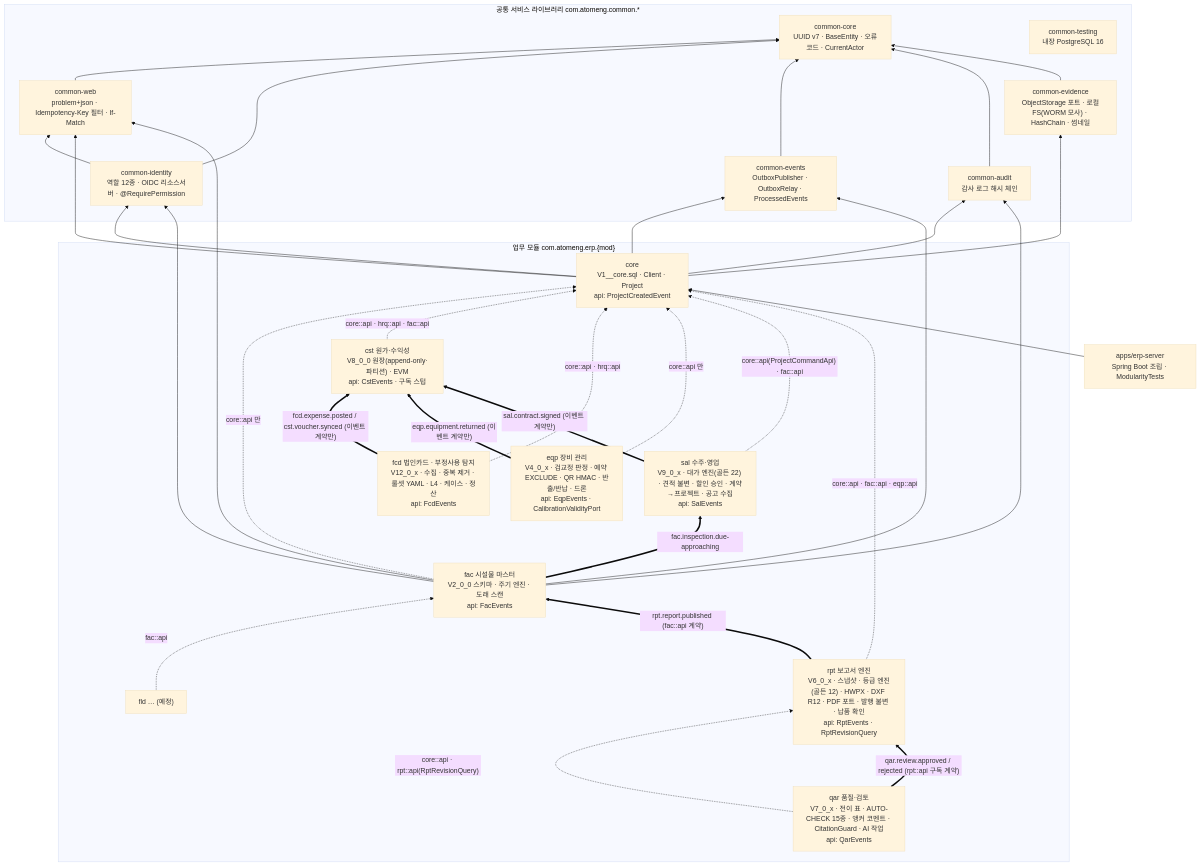
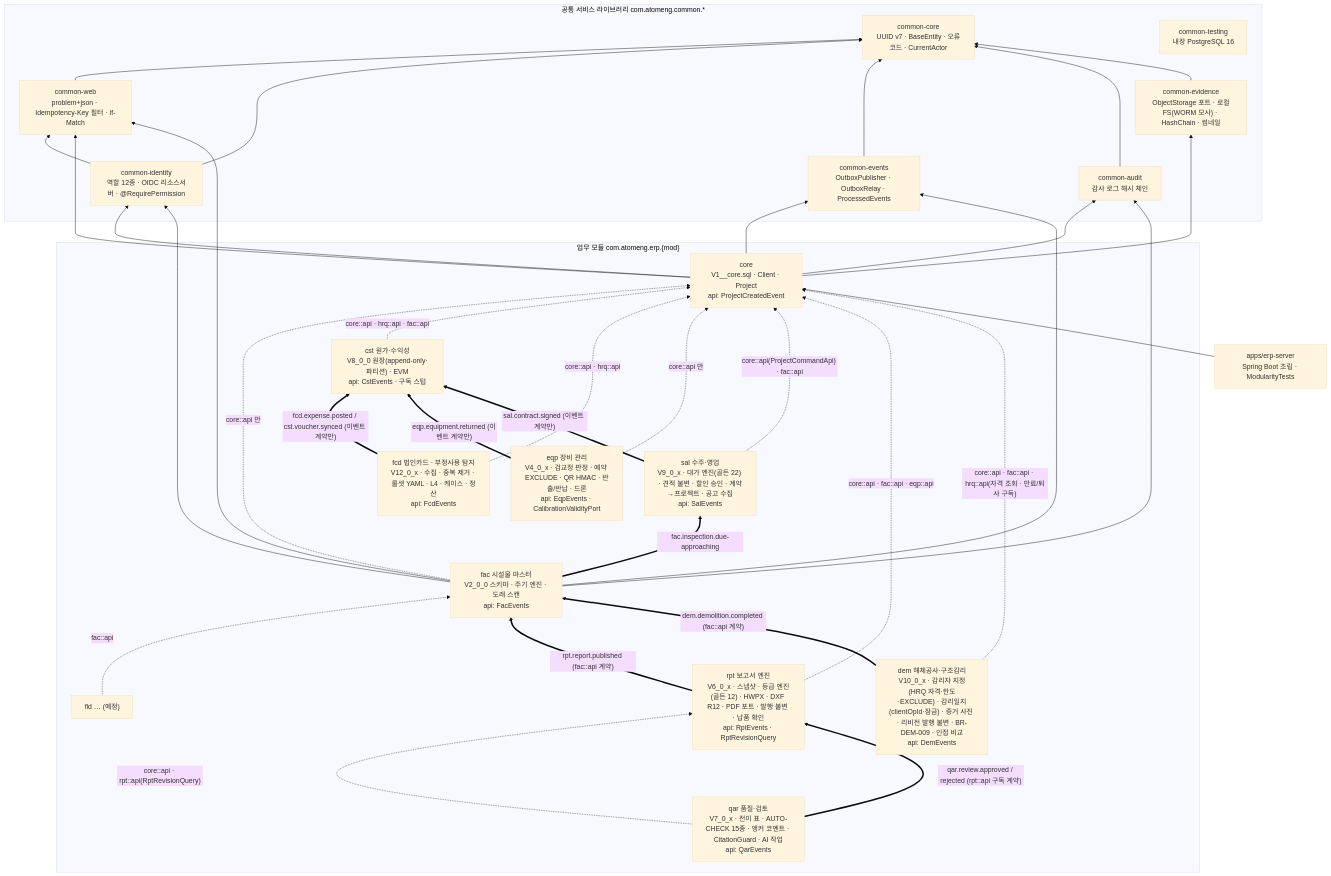
The diagram in README.md (limpst/atom-erp), drawn with Mermaid (base theme) before and after one commit. The commit also changed other lines of this file and 40 other files, not shown here.

First line of the commit message:
feat(dem): 10 해체공사·구조감리 첫 단계 — dem 스키마·감리자 지정(HRQ 자격·한도·EXCLUDE)·감리일지(clientOpId·잠금)·증거 사진·리비전 발행 불변·BR-DEM-009·인접 비교·해체 완료 → FAC 멸실

````diff
--- a/README.md
+++ b/README.md
@@ -47,47 +48,50 @@
 ```mermaid
 flowchart BT
   subgraph COMMON["공통 서비스 라이브러리 com.atomeng.common.*"]
     CC["common-core<br>UUID v7 · BaseEntity · 오류코드 · CurrentActor"]
     CW["common-web<br>problem+json · Idempotency-Key 필터 · If-Match"]
     CI["common-identity<br>역할 12종 · OIDC 리소스서버 · @RequirePermission"]
     CE["common-events<br>OutboxPublisher · OutboxRelay · ProcessedEvents"]
     CA["common-audit<br>감사 로그 해시 체인"]
     CT["common-testing<br>내장 PostgreSQL 16"]
     CV["common-evidence<br>ObjectStorage 포트 · 로컬FS(WORM 모사) · HashChain · 썸네일"]
   end
   subgraph MODS["업무 모듈 com.atomeng.erp.{mod}"]
     CORE["core<br>V1__core.sql · Client · Project<br>api: ProjectCreatedEvent"]
     FAC["fac 시설물 마스터<br>V2_0_0 스키마 · 주기 엔진 · 도래 스캔<br>api: FacEvents"]
     CST["cst 원가·수익성<br>V8_0_0 원장(append-only·파티션) · EVM<br>api: CstEvents · 구독 스텁"]
     FCD["fcd 법인카드 · 부정사용 탐지<br>V12_0_x · 수집 · 중복 제거 · 룰셋 YAML · L4 · 케이스 · 정산<br>api: FcdEvents"]
     EQP["eqp 장비 관리<br>V4_0_x · 검교정 판정 · 예약 EXCLUDE · QR HMAC · 반출/반납 · 드론<br>api: EqpEvents · CalibrationValidityPort"]
     SAL["sal 수주·영업<br>V9_0_x · 대가 엔진(골든 22) · 견적 불변 · 할인 승인 · 계약→프로젝트 · 공고 수집<br>api: SalEvents"]
     RPT["rpt 보고서 엔진<br>V6_0_x · 스냅샷 · 등급 엔진(골든 12) · HWPX · DXF R12 · PDF 포트 · 발행 불변 · 납품 확인<br>api: RptEvents · RptRevisionQuery"]
     QAR["qar 품질·검토<br>V7_0_x · 전이 표 · AUTO-CHECK 15종 · 앵커 코멘트 · CitationGuard · AI 작업<br>api: QarEvents"]
+    DEM["dem 해체공사·구조감리<br>V10_0_x · 감리자 지정(HRQ 자격·한도·EXCLUDE) · 감리일지(clientOpId·잠금) · 증거 사진 · 리비전 발행 불변 · BR-DEM-009 · 인접 비교<br>api: DemEvents"]
     NEXT["fld … (예정)"]
   end
   APP["apps/erp-server<br>Spring Boot 조립 · ModularityTests"]
   CW --> CC
   CI --> CC
   CI --> CW
   CE --> CC
   CA --> CC
   CV --> CC
   CORE --> CW & CI & CE & CA & CV
   FAC -. "core::api 만" .-> CORE
   FAC --> CW & CI & CE & CA
   NEXT -. "fac::api" .-> FAC
   CST -. "core::api · hrq::api · fac::api" .-> CORE
   FCD -. "core::api · hrq::api" .-> CORE
   FCD == "fcd.expense.posted / cst.voucher.synced (이벤트 계약만)" ==> CST
   EQP -. "core::api 만" .-> CORE
   EQP == "eqp.equipment.returned (이벤트 계약만)" ==> CST
   SAL -. "core::api(ProjectCommandApi) · fac::api" .-> CORE
   SAL == "sal.contract.signed (이벤트 계약만)" ==> CST
   FAC == "fac.inspection.due-approaching" ==> SAL
   RPT -. "core::api · fac::api · eqp::api" .-> CORE
   RPT == "rpt.report.published (fac::api 계약)" ==> FAC
   QAR -. "core::api · rpt::api(RptRevisionQuery)" .-> RPT
   QAR == "qar.review.approved / rejected (rpt::api 구독 계약)" ==> RPT
+  DEM -. "core::api · fac::api · hrq::api(자격 조회 · 만료/퇴사 구독)" .-> CORE
+  DEM == "dem.demolition.completed (fac::api 계약)" ==> FAC
   APP --> CORE
 ```
````
